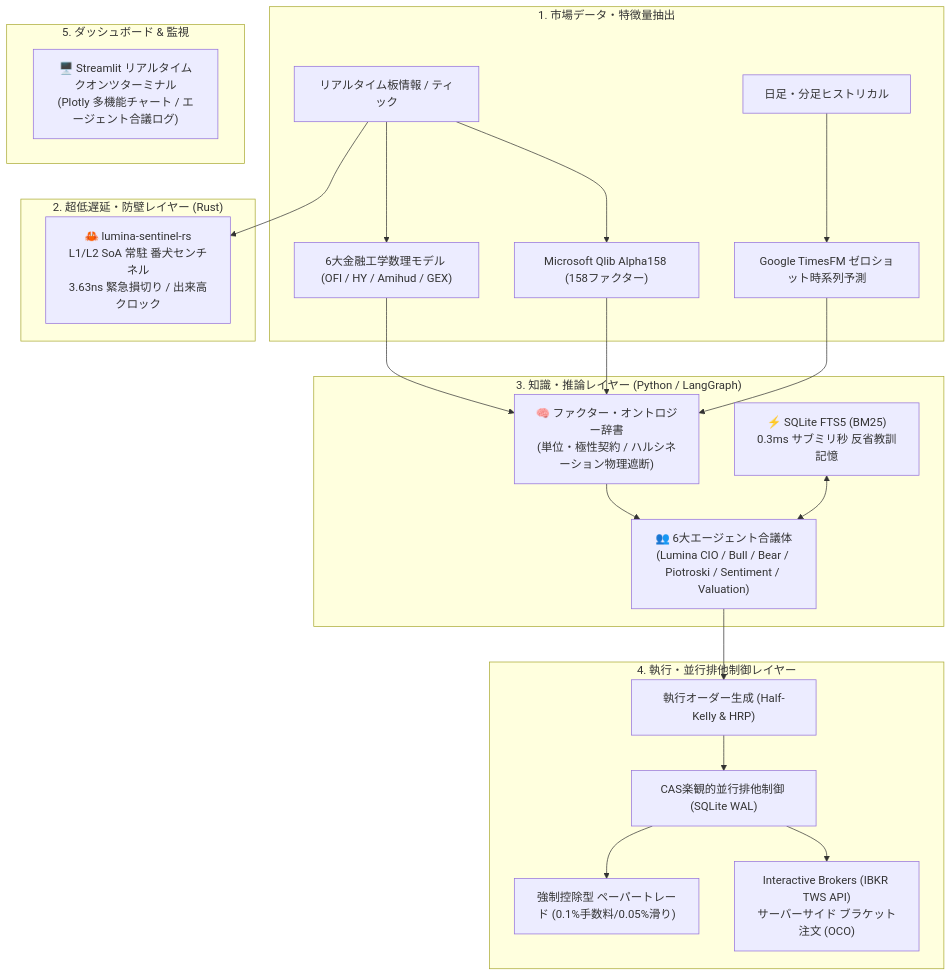
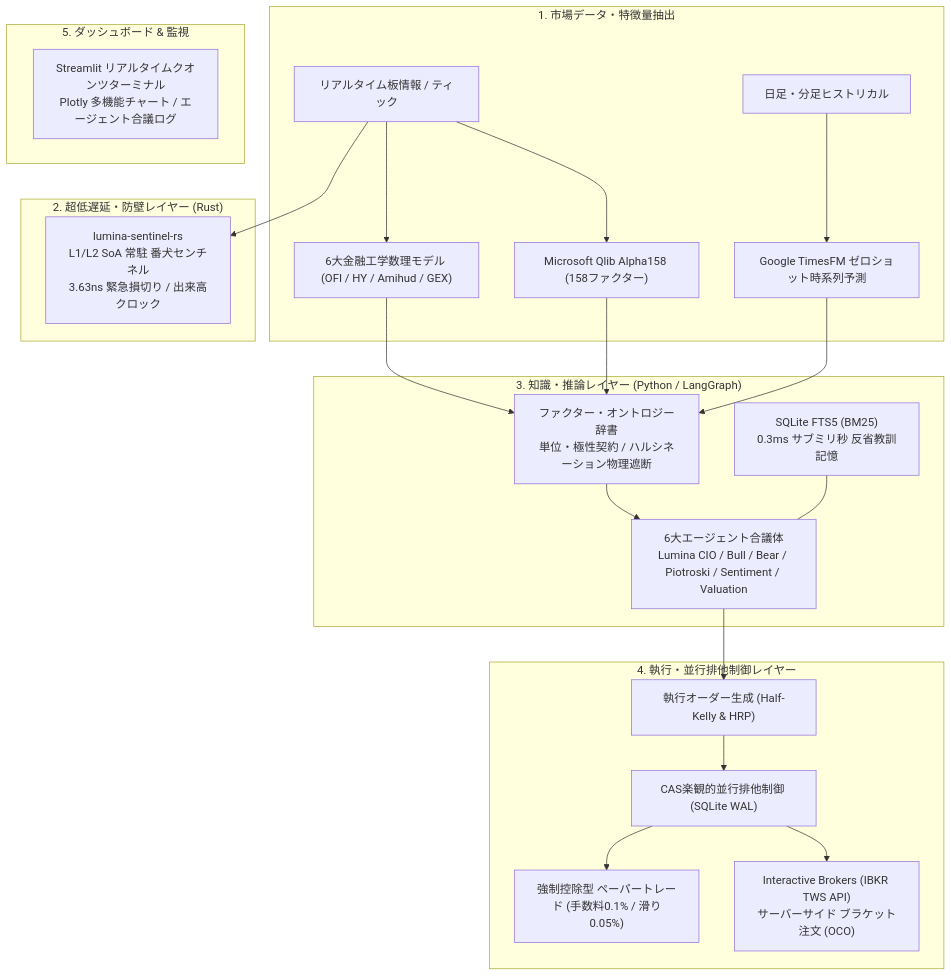
One commit to ramuza0113-sketch/lumina-ai-hedge-fund changed the first of 2 diagrams in QIITA_ARTICLE.md. Above: the diagram before and after it, drawn with Mermaid. The commit also changed other lines of this file, not shown here.

Commit message:
fix(docs): fix Mermaid syntax error in QIITA_ARTICLE.md for Qiita Mermaid v11

````diff
--- a/QIITA_ARTICLE.md
+++ b/QIITA_ARTICLE.md
@@ -27,46 +27,46 @@
 ```mermaid
 flowchart TD
-    subgraph MarketData ["1. 市場データ・特徴量抽出"]
+    subgraph MarketData["1. 市場データ・特徴量抽出"]
         Ticks["リアルタイム板情報 / ティック"]
         Hist["日足・分足ヒストリカル"]
         Qlib["Microsoft Qlib Alpha158 (158ファクター)"]
         TimesFM["Google TimesFM ゼロショット時系列予測"]
         MathEng["6大金融工学数理モデル (OFI / HY / Amihud / GEX)"]
         Ticks --> Qlib
         Hist --> TimesFM
         Ticks --> MathEng
     end
 
-    subgraph FastPath ["2. 超低遅延・防壁レイヤー (Rust)"]
-        Sentinel["🦀 lumina-sentinel-rs<br/>L1/L2 SoA 常駐 番犬センチネル<br/>3.63ns 緊急損切り / 出来高クロック"]
+    subgraph FastPath["2. 超低遅延・防壁レイヤー (Rust)"]
+        Sentinel["lumina-sentinel-rs<br/>L1/L2 SoA 常駐 番犬センチネル<br/>3.63ns 緊急損切り / 出来高クロック"]
         Ticks --> Sentinel
     end
 
-    subgraph Brain ["3. 知識・推論レイヤー (Python / LangGraph)"]
-        Ontology["🧠 ファクター・オントロジー辞書<br/>(単位・極性契約 / ハルシネーション物理遮断)"]
-        Reflexion["⚡ SQLite FTS5 (BM25)<br/>0.3ms サブミリ秒 反省教訓記憶"]
-        Council["👥 6大エージェント合議体<br/>(Lumina CIO / Bull / Bear / Piotroski / Sentiment / Valuation)"]
+    subgraph Brain["3. 知識・推論レイヤー (Python / LangGraph)"]
+        Ontology["ファクター・オントロジー辞書<br/>単位・極性契約 / ハルシネーション物理遮断"]
+        Reflexion["SQLite FTS5 (BM25)<br/>0.3ms サブミリ秒 反省教訓記憶"]
+        Council["6大エージェント合議体<br/>Lumina CIO / Bull / Bear / Piotroski / Sentiment / Valuation"]
         
         Qlib --> Ontology
         TimesFM --> Ontology
         MathEng --> Ontology
         Ontology --> Council
-        Reflexion <--> Council
+        Reflexion --- Council
     end
 
-    subgraph Execution ["4. 執行・並行排他制御レイヤー"]
+    subgraph Execution["4. 執行・並行排他制御レイヤー"]
         OrderGen["執行オーダー生成 (Half-Kelly & HRP)"]
         CAS["CAS楽観的並行排他制御 (SQLite WAL)"]
         IBKR["Interactive Brokers (IBKR TWS API)<br/>サーバーサイド ブラケット注文 (OCO)"]
-        Paper["強制控除型 ペーパートレード (0.1%手数料/0.05%滑り)"]
+        Paper["強制控除型 ペーパートレード (手数料0.1% / 滑り0.05%)"]
         
         Council --> OrderGen
         OrderGen --> CAS
         CAS --> IBKR
         CAS --> Paper
     end
 
-    subgraph Monitor ["5. ダッシュボード & 監視"]
-        Streamlit["🖥️ Streamlit リアルタイムクオンツターミナル<br/>(Plotly 多機能チャート / エージェント合議ログ)"]
+    subgraph Monitor["5. ダッシュボード & 監視"]
+        Streamlit["Streamlit リアルタイムクオンツターミナル<br/>Plotly 多機能チャート / エージェント合議ログ"]
     end
 ```
````
